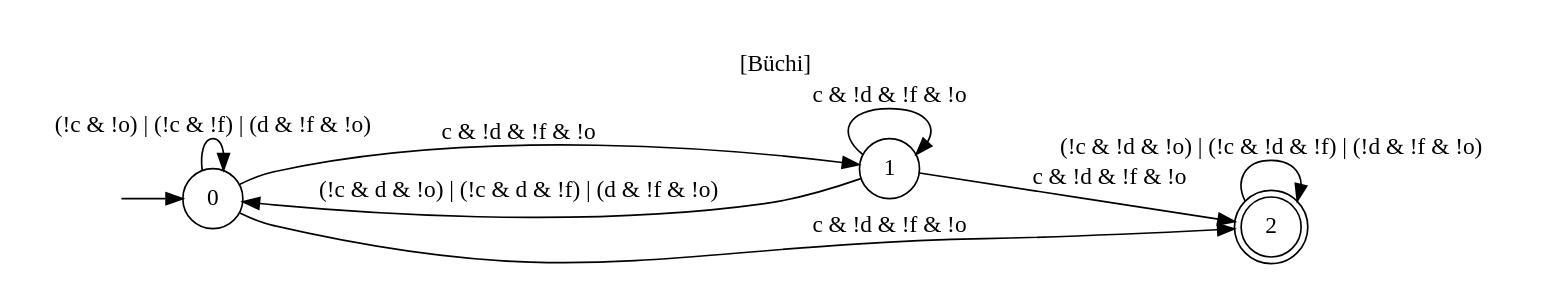
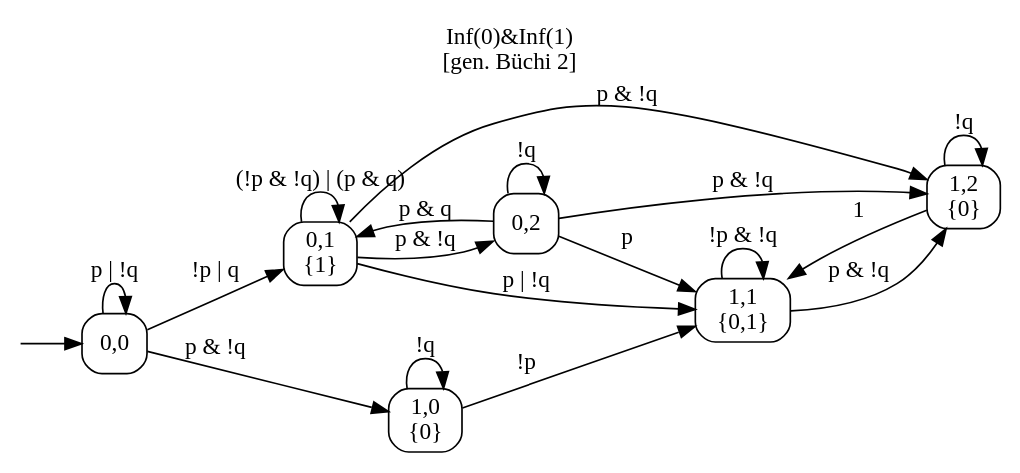
The diagram in output.dot (youyusama/LTLBoundaryConditions), drawn with Graphviz before and after one commit. The commit also changed 88 other files, not shown here.

```diff
--- a/output.dot
+++ b/output.dot
@@ -1,18 +1,31 @@
 digraph "" {
   rankdir=LR
-  label="\n[Büchi]"
+  label="Inf(0)&Inf(1)\n[gen. Büchi 2]"
   labelloc="t"
-  node [shape="circle"]
+  node [shape="box",style="rounded",width="0.5"]
   I [label="", style=invis, width=0]
   I -> 0
-  0 [label="0"]
-  0 -> 0 [label="(!c & !o) | (!c & !f) | (d & !f & !o)"]
-  0 -> 1 [label="c & !d & !f & !o"]
-  0 -> 2 [label="c & !d & !f & !o"]
-  1 [label="1"]
-  1 -> 0 [label="(!c & d & !o) | (!c & d & !f) | (d & !f & !o)"]
-  1 -> 1 [label="c & !d & !f & !o"]
-  1 -> 2 [label="c & !d & !f & !o"]
-  2 [label="2", peripheries=2]
-  2 -> 2 [label="(!c & !d & !o) | (!c & !d & !f) | (!d & !f & !o)"]
+  0 [label="0,0"]
+  0 -> 0 [label="p | !q"]
+  0 -> 1 [label="!p | q"]
+  0 -> 2 [label="p & !q"]
+  1 [label="0,1\n{1}"]
+  1 -> 1 [label="(!p & !q) | (p & q)"]
+  1 -> 3 [label="p | !q"]
+  1 -> 4 [label="p & !q"]
+  1 -> 5 [label="p & !q"]
+  2 [label="1,0\n{0}"]
+  2 -> 2 [label="!q"]
+  2 -> 3 [label="!p"]
+  3 [label="1,1\n{0,1}"]
+  3 -> 3 [label="!p & !q"]
+  3 -> 4 [label="p & !q"]
+  4 [label="1,2\n{0}"]
+  4 -> 3 [label="1"]
+  4 -> 4 [label="!q"]
+  5 [label="0,2"]
+  5 -> 1 [label="p & q"]
+  5 -> 3 [label="p"]
+  5 -> 4 [label="p & !q"]
+  5 -> 5 [label="!q"]
 }
```
